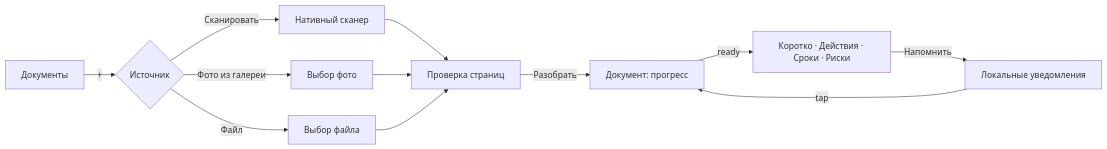
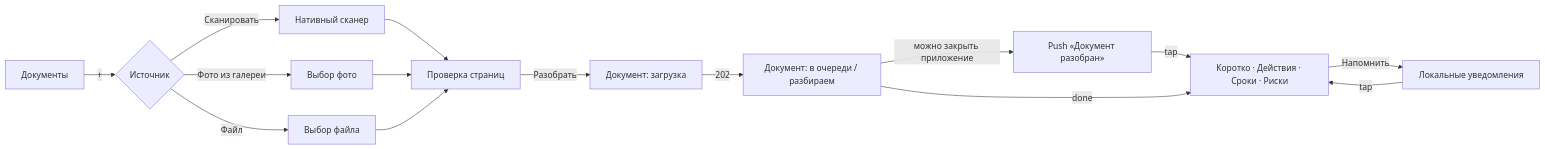
Before and after one commit to maximstanciu/document-navigator-app: the first of 3 diagrams in docs/SPEC.md, drawn with Mermaid. The commit also changed other lines of this file and 57 other files, not shown here.

````diff
--- a/docs/SPEC.md
+++ b/docs/SPEC.md
@@ -227,14 +232,17 @@
 ```mermaid
 flowchart LR
   Home[Документы] -->|"+"| Source{Источник}
   Source -->|Сканировать| Scanner[Нативный сканер]
   Source -->|Фото из галереи| Gallery[Выбор фото]
   Source -->|Файл| Picker[Выбор файла]
   Scanner --> Review[Проверка страниц]
   Gallery --> Review
   Picker --> Review
-  Review -->|Разобрать| Detail[Документ: прогресс]
-  Detail -->|ready| Result[Коротко · Действия · Сроки · Риски]
+  Review -->|Разобрать| Upload[Документ: загрузка]
+  Upload -->|202| Waiting[Документ: в очереди / разбираем]
+  Waiting -->|можно закрыть приложение| Push[Push «Документ разобран»]
+  Push -->|tap| Result
+  Waiting -->|done| Result[Коротко · Действия · Сроки · Риски]
   Result -->|Напомнить| Notif[Локальные уведомления]
-  Notif -->|tap| Detail
+  Notif -->|tap| Result
 ```
````
